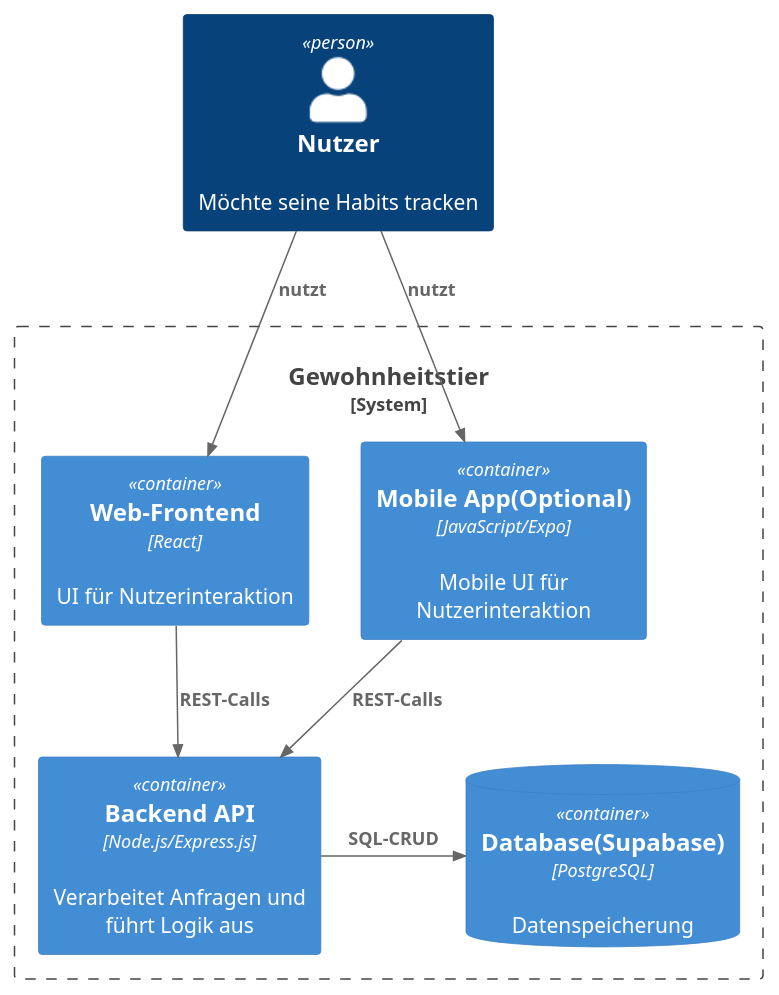
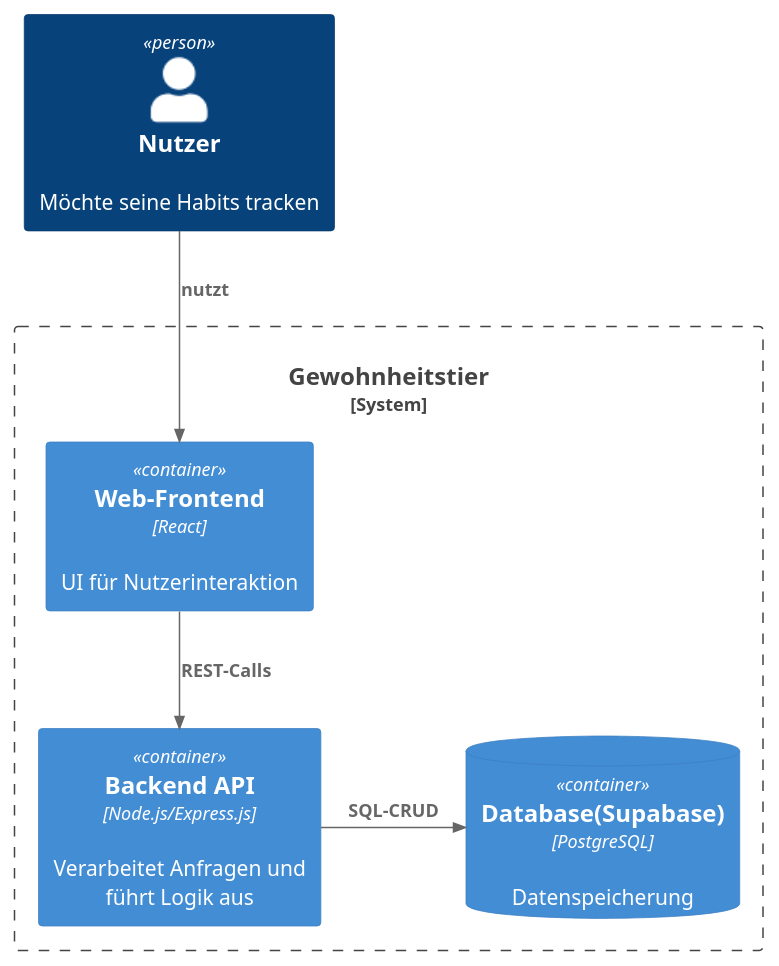
Before and after one commit to 1tristan0/SE-HabitTracker-3.B: the diagram in docs/architecture/plantuml/context.puml, drawn with PlantUML. The commit also changed 1 other file, not shown here.

Commit message:
Entfernung "mobile App" aus c4-level 2

```diff
--- a/docs/architecture/plantuml/context.puml
+++ b/docs/architecture/plantuml/context.puml
@@ -1,23 +1,19 @@
 @startuml
 !include <c4/C4_Context.puml>
 !include <C4/C4>  
 !include <C4/C4_Container> 
 
 Person(user, "Nutzer", "Möchte seine Habits tracken")
 System_Boundary(gewohnheitstier, "Gewohnheitstier") {
   Container(webApp, "Web-Frontend", "React", "UI für Nutzerinteraktion")
   Container(api,    "Backend API", "Node.js/Express.js", "Verarbeitet Anfragen und führt Logik aus")
-  
-  Container(mobileApp, "Mobile App(Optional)", "JavaScript/Expo", "Mobile UI für Nutzerinteraktion")
   ContainerDb(db,    "Database(Supabase)",  "PostgreSQL", "Datenspeicherung")
 }
 
 
 
 Rel(user, webApp, "nutzt")
-Rel(user, mobileApp, "nutzt")
 Rel(webApp,    api,    "REST-Calls")
-Rel(mobileApp, api, "REST-Calls")
 Rel_R(api,       db,     "SQL-CRUD")
 
 @enduml
```
